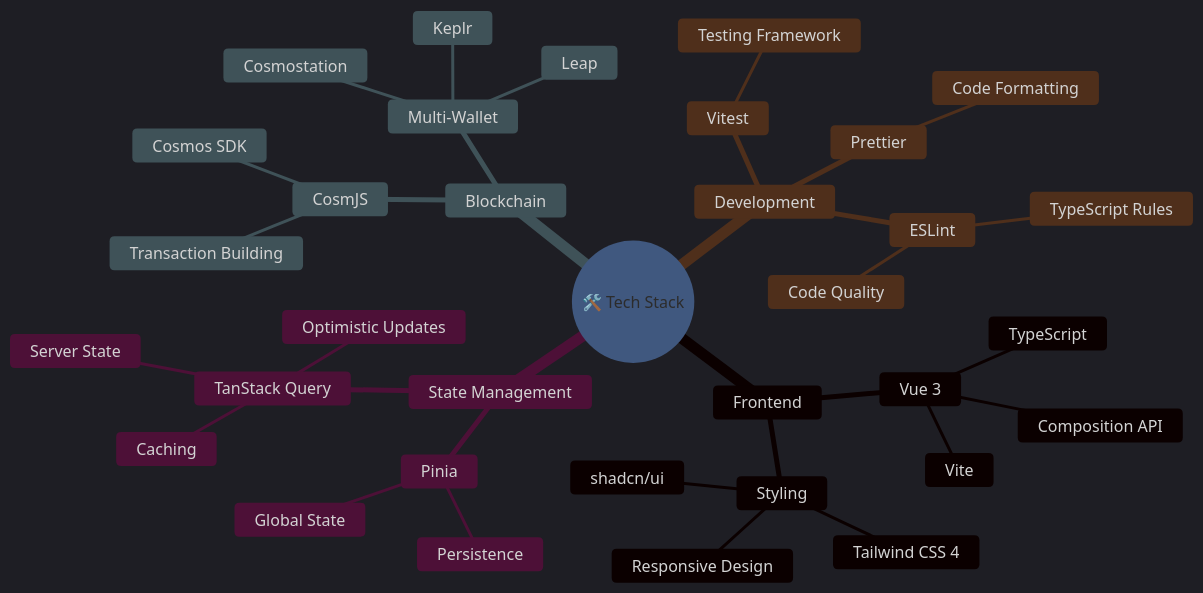
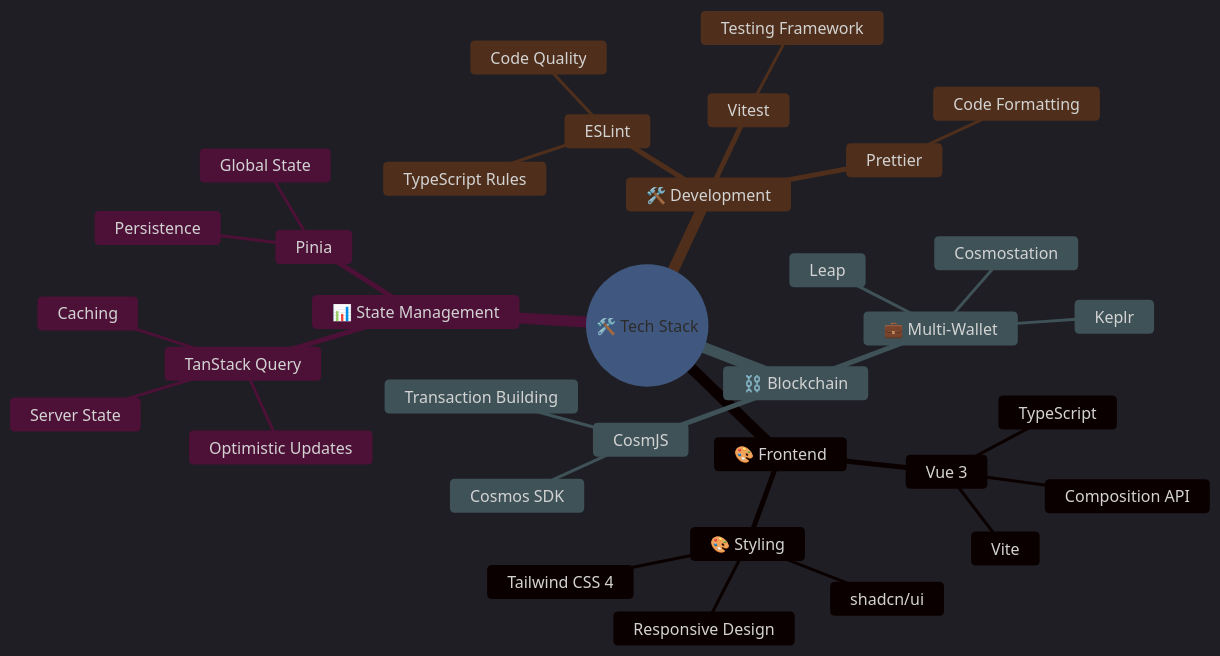
The first of 4 diagrams in packages/frontend-main/README.md (allinbits/dither.chat), drawn with Mermaid before and after one commit.

Commit message:
chore: improved diagram colors

````diff
--- a/packages/frontend-main/README.md
+++ b/packages/frontend-main/README.md
@@ -82,38 +82,38 @@
 ```mermaid
 %%{init: {'theme':'dark', 'themeVariables': { 'primaryColor': '#1e40af', 'primaryTextColor': '#f8fafc', 'primaryBorderColor': '#60a5fa', 'lineColor': '#64748b', 'secondaryColor': '#1e293b', 'tertiaryColor': '#334155'}}}%%
 mindmap
   root((🛠️ Tech Stack))
-    Frontend
+    🎨 Frontend
       Vue 3
         Composition API
         TypeScript
         Vite
-      Styling
+      🎨 Styling
         Tailwind CSS 4
         shadcn/ui
         Responsive Design
-    State Management
+    📊 State Management
       Pinia
         Global State
         Persistence
       TanStack Query
         Server State
         Caching
         Optimistic Updates
-    Blockchain
+    ⛓️ Blockchain
       CosmJS
         Cosmos SDK
         Transaction Building
-      Multi-Wallet
+      💼 Multi-Wallet
         Keplr
         Leap
         Cosmostation
-    Development
+    🛠️ Development
       ESLint
         Code Quality
         TypeScript Rules
       Prettier
         Code Formatting
       Vitest
         Testing Framework
 ```
````
